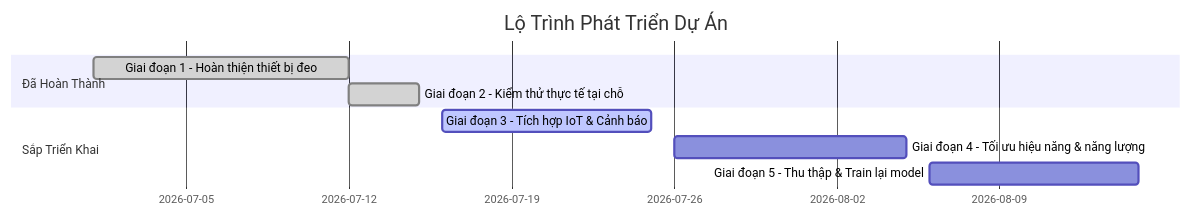
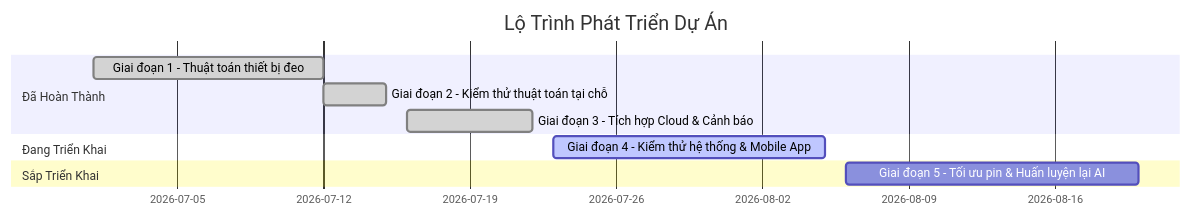
Before and after one commit to Kietvu1443/FallDect_TinyML: the diagram in project_roadmap.md, drawn with Mermaid. The commit also changed other lines of this file and 3 other files, not shown here.

````diff
--- a/project_roadmap.md
+++ b/project_roadmap.md
@@ -10,12 +10,13 @@
 ```mermaid
 gantt
     title Lộ Trình Phát Triển Dự Án
     dateFormat  YYYY-MM-DD
     section Đã Hoàn Thành
-    Giai đoạn 1 - Hoàn thiện thiết bị đeo :done, des1, 2026-07-01, 2026-07-12
-    Giai đoạn 2 - Kiểm thử thực tế tại chỗ :done, des2, 2026-07-12, 2026-07-15
+    Giai đoạn 1 - Thuật toán thiết bị đeo      :done, des1, 2026-07-01, 2026-07-12
+    Giai đoạn 2 - Kiểm thử thuật toán tại chỗ  :done, des2, 2026-07-12, 2026-07-15
+    Giai đoạn 3 - Tích hợp Cloud & Cảnh báo    :done, des3, 2026-07-16, 2026-07-22
+    section Đang Triển Khai
+    Giai đoạn 4 - Kiểm thử hệ thống & Mobile App :active, des4, 2026-07-23, 2026-08-05
     section Sắp Triển Khai
-    Giai đoạn 3 - Tích hợp IoT & Cảnh báo :active, des3, 2026-07-16, 2026-07-25
-    Giai đoạn 4 - Tối ưu hiệu năng & năng lượng : des4, 2026-07-26, 2026-08-05
-    Giai đoạn 5 - Thu thập & Train lại model : des5, 2026-08-06, 2026-08-15
+    Giai đoạn 5 - Tối ưu pin & Huấn luyện lại AI : des5, 2026-08-06, 2026-08-20
 ```
````
